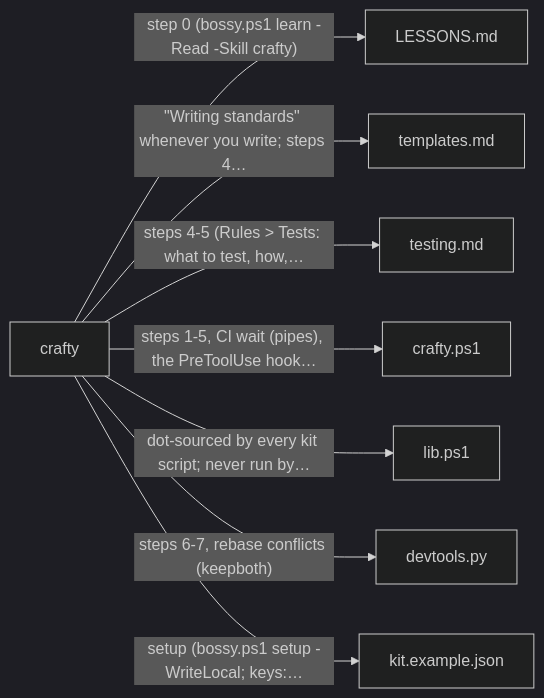
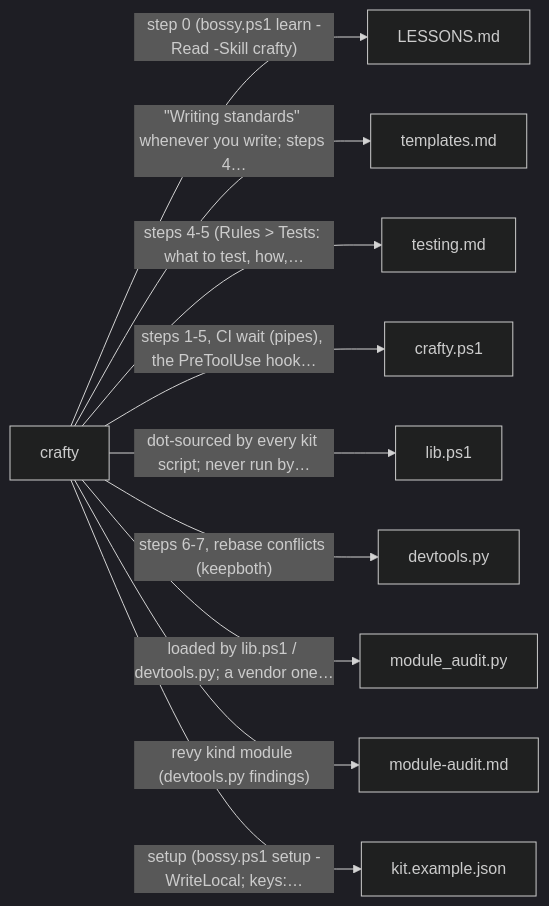
The fourth of 5 diagrams in README.md (prskid1000/claude-crew), drawn with Mermaid (dark theme) before and after one commit. The commit also changed other lines of this file and 28 other files, not shown here.

First line of the commit message:
feat(kit): kit tooling on main (admin, flow page, ports, timer, tracks)

````diff
--- a/README.md
+++ b/README.md
@@ -435,11 +445,13 @@
 ```mermaid
 flowchart LR
   skills_crafty_SKILL_md["crafty"]
   skills_crafty_SKILL_md -->|"step 0 (bossy.ps1 learn -Read -Skill crafty)"| LESSONS_md["LESSONS.md"]
   skills_crafty_SKILL_md -->|"#quot;Writing standards#quot; whenever you write; steps 4…"| skills_crafty_templates_md["templates.md"]
   skills_crafty_SKILL_md -->|"steps 4-5 (Rules #gt; Tests: what to test, how,…"| skills_crafty_testing_md["testing.md"]
   skills_crafty_SKILL_md -->|"steps 1-5, CI wait (pipes), the PreToolUse hook…"| skills_crafty_crafty_ps1["crafty.ps1"]
   skills_crafty_SKILL_md -->|"dot-sourced by every kit script; never run by…"| skills_crafty_lib_ps1["lib.ps1"]
   skills_crafty_SKILL_md -->|"steps 6-7, rebase conflicts (keepboth)"| skills_crafty_devtools_py["devtools.py"]
+  skills_crafty_SKILL_md -->|"loaded by lib.ps1 / devtools.py; a vendor one…"| skills_crafty_adapters_module_audit_py["module_audit.py"]
+  skills_crafty_SKILL_md -->|"revy kind module (devtools.py findings)"| skills_crafty_module_audit_md["module-audit.md"]
   skills_crafty_SKILL_md -->|"setup (bossy.ps1 setup -WriteLocal; keys:…"| skills_crafty_kit_example_json["kit.example.json"]
 ```
````
